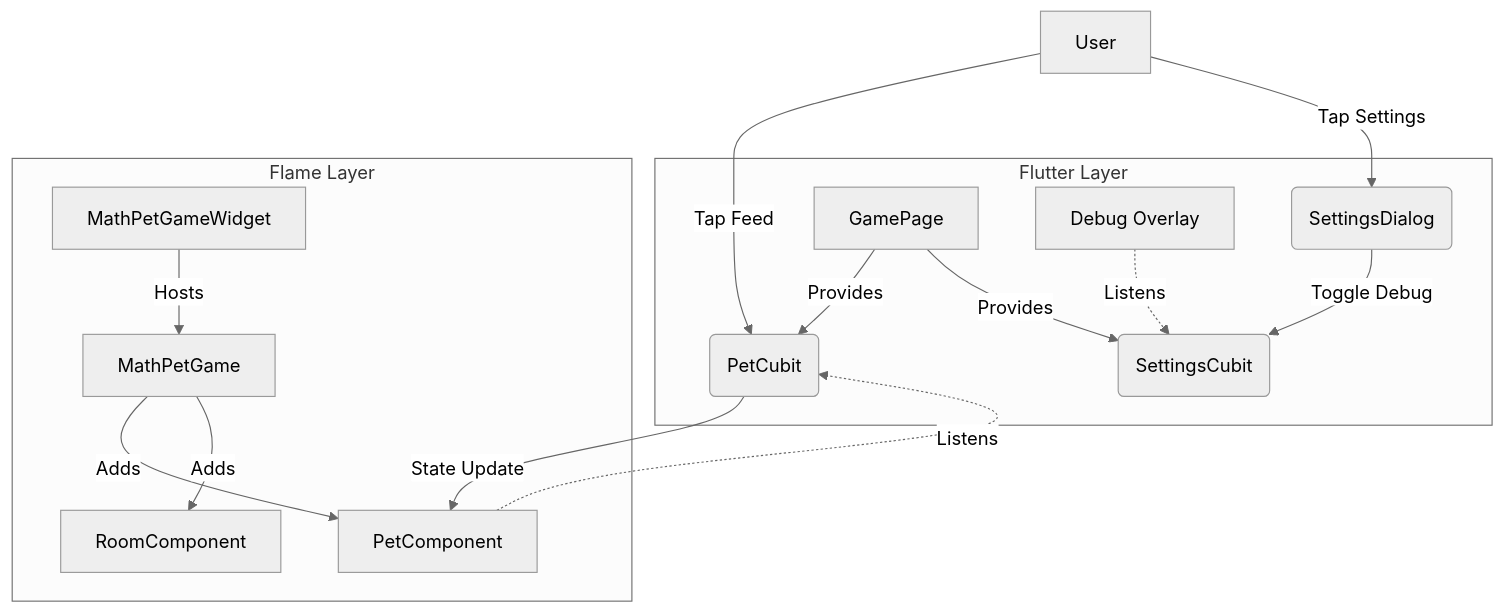
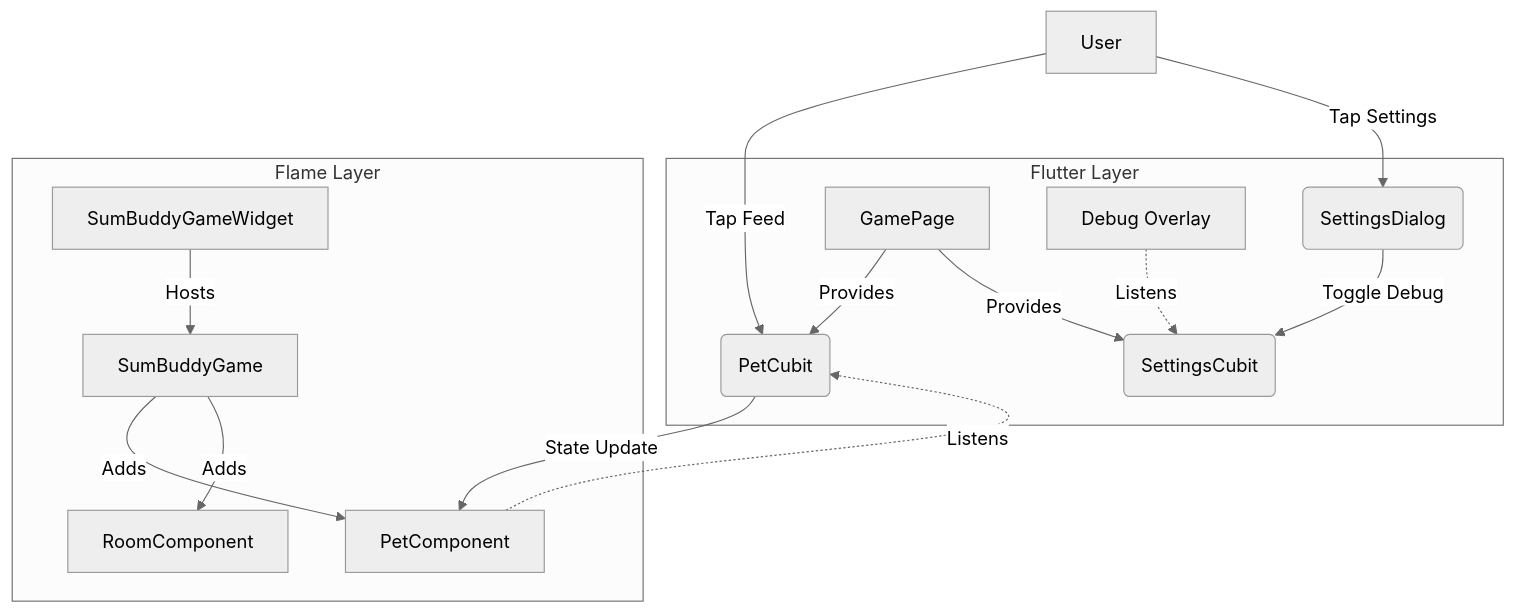
Before and after one commit to jkuenemund/SumBuddy: the diagram in lib/features/game/README.md, drawn with Mermaid (neutral theme). The commit also changed other lines of this file and 19 other files, not shown here.

Commit message:
Initial commit: Rebranding to SumBuddy and project setup

````diff
--- a/lib/features/game/README.md
+++ b/lib/features/game/README.md
@@ -19,30 +19,30 @@
 ```mermaid
 graph TD
     User[User] -->|Tap Feed| Logic(PetCubit)
     User -->|Tap Settings| Settings(SettingsDialog)
     
     subgraph Flutter Layer
         Page[GamePage]
         Settings -->|Toggle Debug| Infra(SettingsCubit)
         Page -->|Provides| Logic
         Page -->|Provides| Infra
         
         DebugOverlay[Debug Overlay]
         DebugOverlay -.->|Listens| Infra
     end
     
     subgraph Flame Layer
-        GameWidget[MathPetGameWidget]
-        Game[MathPetGame]
+        GameWidget[SumBuddyGameWidget]
+        Game[SumBuddyGame]
         Pet[PetComponent]
         Room[RoomComponent]
         
         GameWidget -->|Hosts| Game
         Game -->|Adds| Pet
         Game -->|Adds| Room
         
         Pet -.->|Listens| Logic
     end
     
     Logic -->|State Update| Pet
 ```
````
